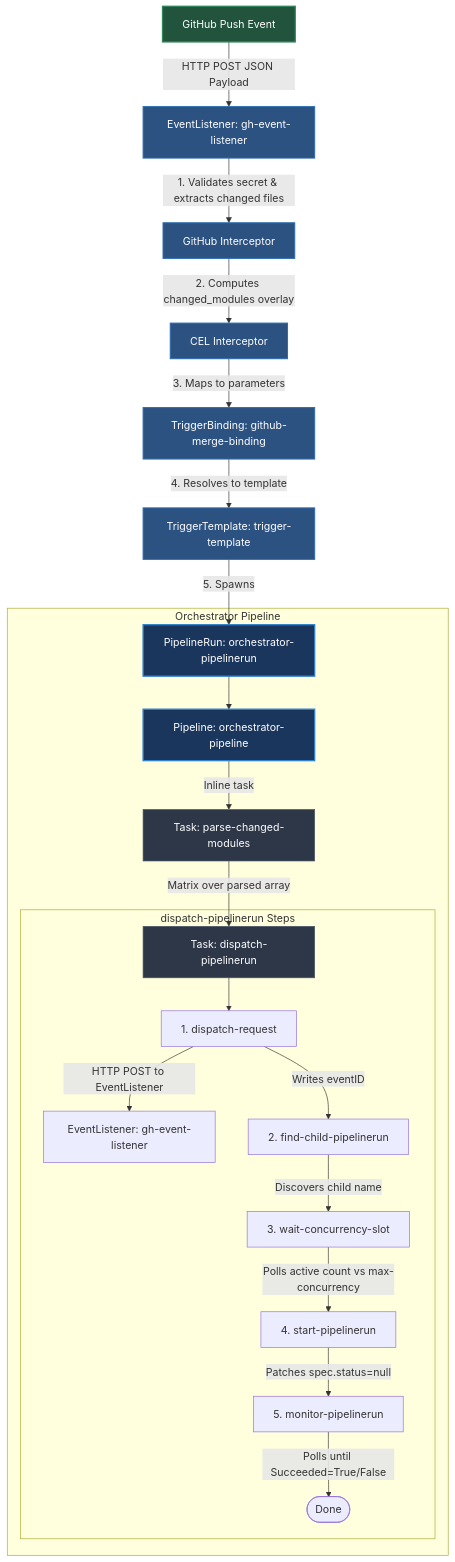
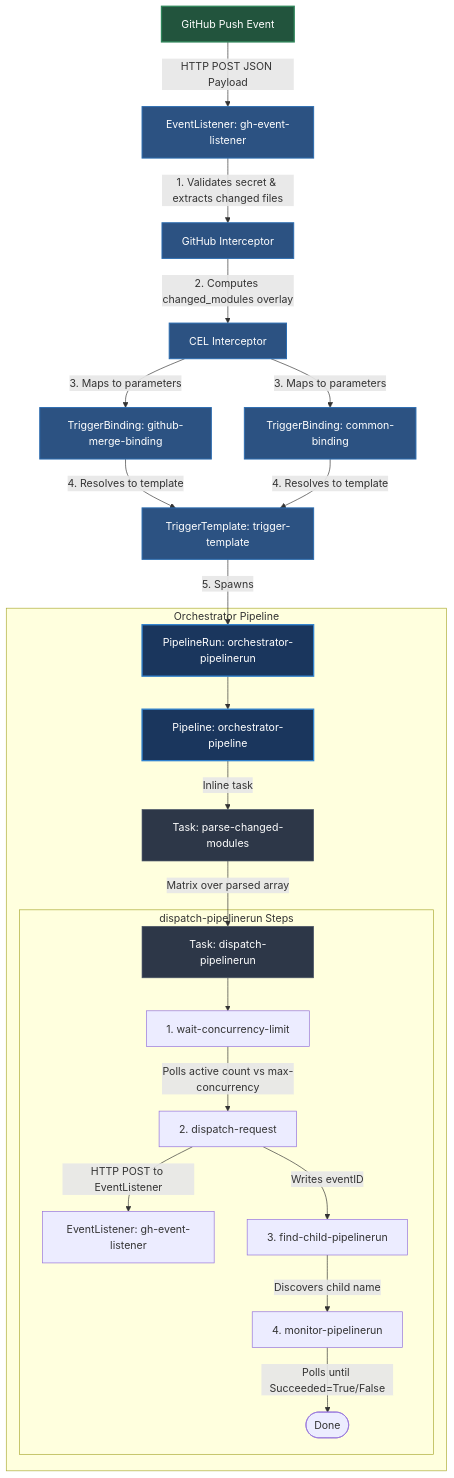
The first of 2 diagrams in tekton-platform/README.md (khanhcmlab/saritasa-devops-build-samples), drawn with Mermaid before and after one commit. The commit also changed other lines of this file and 16 other files, not shown here.

````diff
--- a/tekton-platform/README.md
+++ b/tekton-platform/README.md
@@ -32,40 +32,41 @@
 ```mermaid
 flowchart TD
     %% Input / Events
     GitHub[GitHub Push Event] -->|HTTP POST JSON Payload|EL[EventListener: gh-event-listener]
 
     %% Webhook Triggers Processing
     EL -->|1. Validates secret & extracts changed files| GH_Int[GitHub Interceptor]
     GH_Int -->|2. Computes changed_modules overlay| CEL_Int[CEL Interceptor]
     CEL_Int -->|3. Maps to parameters| Bind1[TriggerBinding: github-merge-binding]
+    CEL_Int -->|3. Maps to parameters| BindComm[TriggerBinding: common-binding]
     Bind1 -->|4. Resolves to template| Temp1[TriggerTemplate: trigger-template]
+    BindComm -->|4. Resolves to template| Temp1
     Temp1 -->|5. Spawns| PR1[PipelineRun: orchestrator-pipelinerun]
 
     %% Orchestrator Pipeline
     subgraph Orchestrator Pipeline
         PR1 --> Pipe1[Pipeline: orchestrator-pipeline]
         Pipe1 -->|Inline task| ParseModules[Task: parse-changed-modules]
         ParseModules -->|Matrix over parsed array| Task_Dispatch[Task: dispatch-pipelinerun]
 
         subgraph dispatch-pipelinerun Steps
-            Task_Dispatch --> DispReq[1. dispatch-request]
+            Task_Dispatch --> WaitSlot[1. wait-concurrency-limit]
+            WaitSlot -->|Polls active count vs max-concurrency| DispReq[2. dispatch-request]
             DispReq -->|HTTP POST to EventListener| EL_Child[EventListener: gh-event-listener]
-            DispReq -->|Writes eventID| FindChild[2. find-child-pipelinerun]
-            FindChild -->|Discovers child name| WaitSlot[3. wait-concurrency-slot]
-            WaitSlot -->|Polls active count vs max-concurrency| StartChild[4. start-pipelinerun]
-            StartChild -->|Patches spec.status=null| MonitorChild[5. monitor-pipelinerun]
+            DispReq -->|Writes eventID| FindChild[3. find-child-pipelinerun]
+            FindChild -->|Discovers child name| MonitorChild[4. monitor-pipelinerun]
             MonitorChild -->|Polls until Succeeded=True/False| End([Done])
         end
     end
 
     %% Styling
     classDef pipeline fill:#1A365D,stroke:#3182CE,stroke-width:2px,color:#fff
     classDef task fill:#2D3748,stroke:#4A5568,stroke-width:1px,color:#fff
     classDef trigger fill:#2C5282,stroke:#2B6CB0,stroke-width:1.5px,color:#fff
     classDef input fill:#22543D,stroke:#2F855A,stroke-width:2px,color:#fff
 
     class PR1,Pipe1 pipeline
     class Task_Dispatch,ParseModules task
-    class EL,GH_Int,CEL_Int,Bind1,Temp1 trigger
+    class EL,GH_Int,CEL_Int,Bind1,BindComm,Temp1 trigger
     class GitHub,Webhook input
 ```
````
